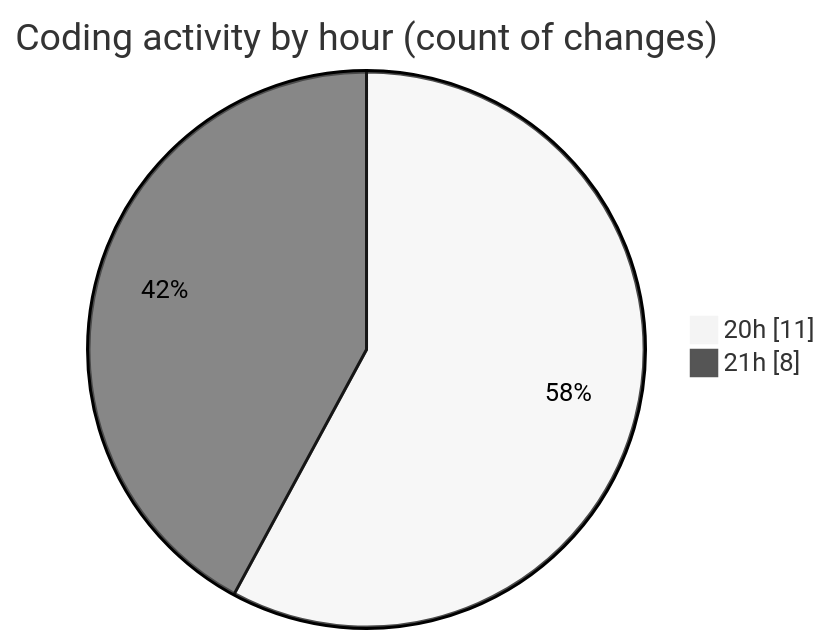
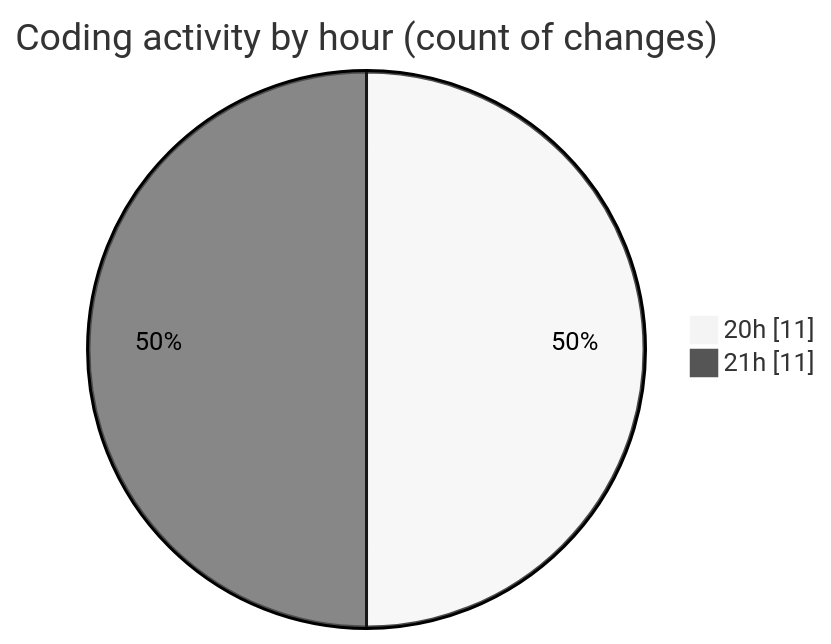
Before and after one commit to Elitesun/code-tracking: the second of 2 diagrams in 2025-02-21/elitegpt/README.md, drawn with Mermaid (neutral theme). The commit also changed other lines of this file and 1 other file, not shown here.

````diff
--- a/2025-02-21/elitegpt/README.md
+++ b/2025-02-21/elitegpt/README.md
@@ -31,6 +31,6 @@
 ```mermaid
 pie showData
 title Coding activity by hour (count of changes)
 "20h" : 11
-"21h" : 8
+"21h" : 11
 ```
````
